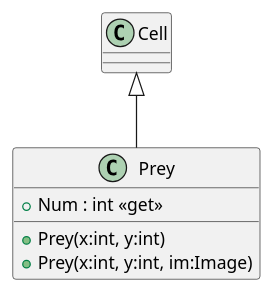
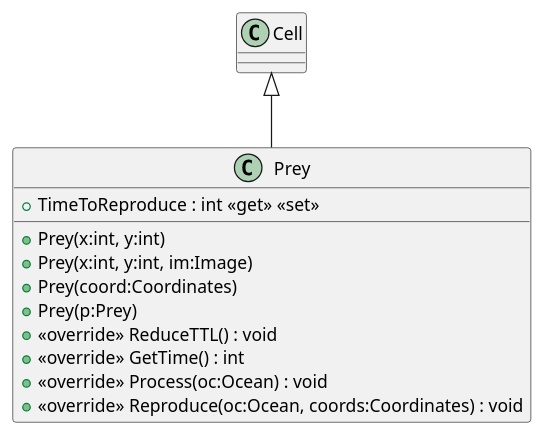
One commit to 19vano97/levelUpOOP changed the diagram in plantuml/OceanLife/Prey.puml. Above: the diagram before and after it, drawn with PlantUML. The commit also changed 33 other files, not shown here.

```diff
--- a/plantuml/OceanLife/Prey.puml
+++ b/plantuml/OceanLife/Prey.puml
@@ -1,8 +1,14 @@
 @startuml
 class Prey {
     + Prey(x:int, y:int)
     + Prey(x:int, y:int, im:Image)
-    + Num : int <<get>>
+    + Prey(coord:Coordinates)
+    + Prey(p:Prey)
+    + TimeToReproduce : int <<get>> <<set>>
+    + <<override>> ReduceTTL() : void
+    + <<override>> GetTime() : int
+    + <<override>> Process(oc:Ocean) : void
+    + <<override>> Reproduce(oc:Ocean, coords:Coordinates) : void
 }
 Cell <|-- Prey
 @enduml
```
